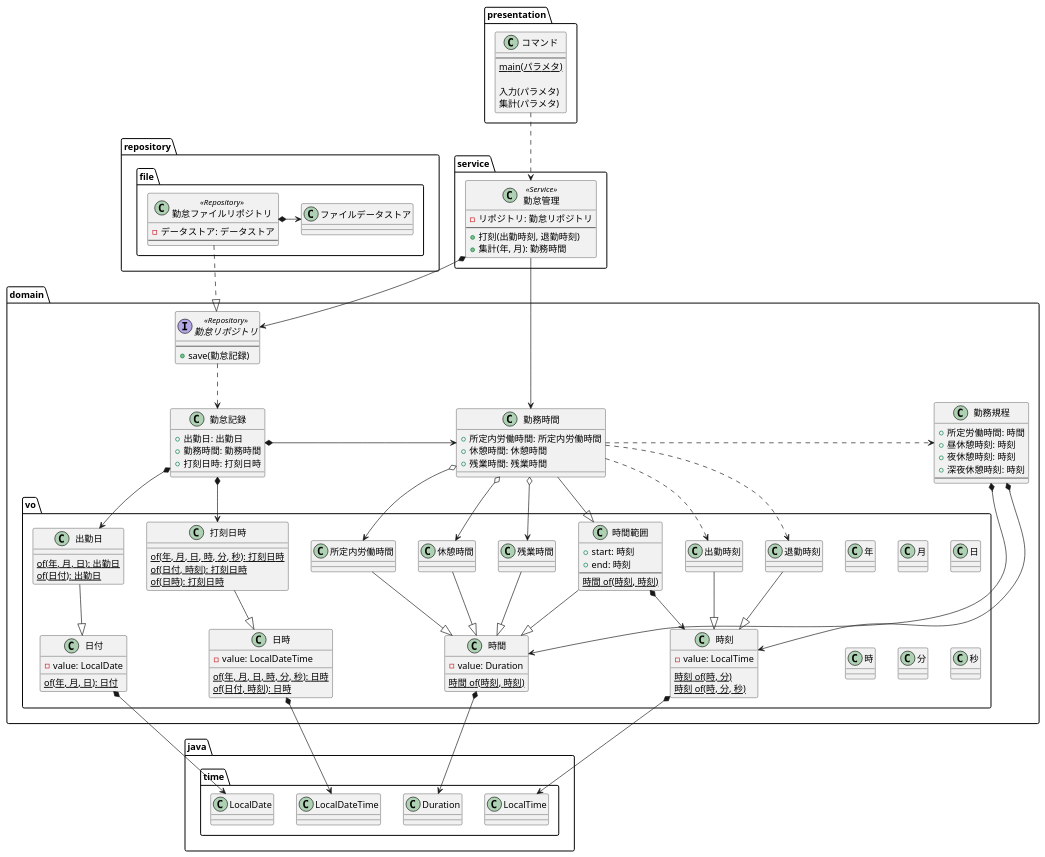
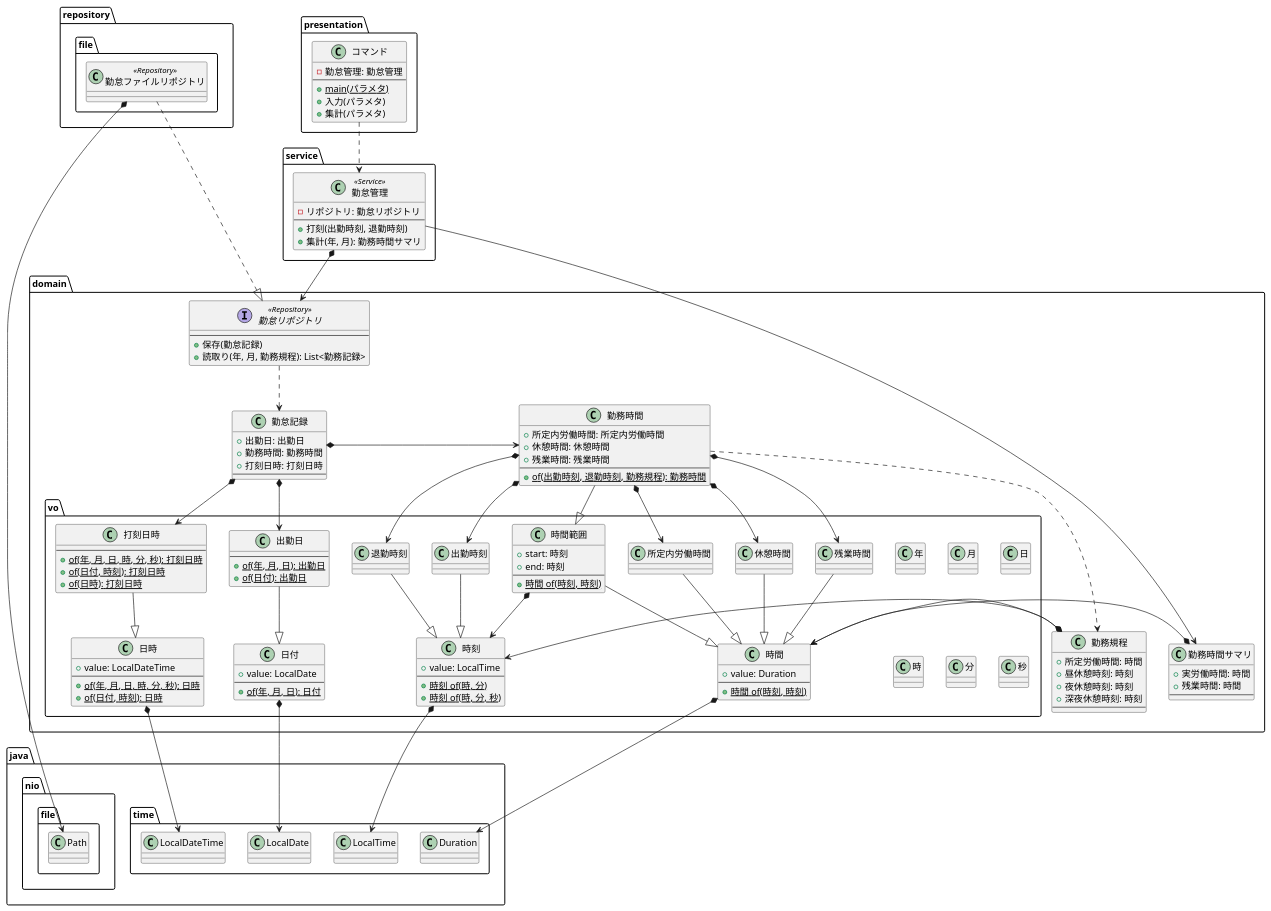
One commit to biglobe-isp/kintai changed the diagram in spec/logical-models.puml. Above: the diagram before and after it, drawn with PlantUML.

Commit message:
クラス図を実装に合わせて修正

```diff
--- a/spec/logical-models.puml
+++ b/spec/logical-models.puml
@@ -1,158 +1,172 @@
 @startuml
+
+package java.nio.file {
+    class Path
+}
 
 package java.time {
     class LocalDate
     class LocalTime
     class LocalDateTime
     class Duration
 }
 
 package domain {
     package vo {
         class 年
         class 月
         class 日
         class 時
         class 分
         class 秒
 
         class 日付 {
-          - value: LocalDate
-          {static} of(年, 月, 日): 日付
+          + value: LocalDate
+          ----
+          + {static} of(年, 月, 日): 日付
         }
         日付 *--> LocalDate
 
         class 時刻 {
-          - value: LocalTime
-          {static} 時刻 of(時, 分)
-          {static} 時刻 of(時, 分, 秒)
+          + value: LocalTime
+          ----
+          + {static} 時刻 of(時, 分)
+          + {static} 時刻 of(時, 分, 秒)
         }
         時刻 *--> LocalTime
 
         class 時間 {
-          - value: Duration
-          {static} 時間 of(時刻, 時刻)
+          + value: Duration
+          ----
+          + {static} 時間 of(時刻, 時刻)
         }
         時間 *--> Duration
 
         class 時間範囲 {
           + start: 時刻
           + end: 時刻
           ----
-          {static} 時間 of(時刻, 時刻)
+          + {static} 時間 of(時刻, 時刻)
         }
         時間範囲 --|> 時間
         時間範囲 *--> 時刻
 
         class 日時 {
-          - value: LocalDateTime
-          {static} of(年, 月, 日, 時, 分, 秒): 日時
-          {static} of(日付, 時刻): 日時
+          + value: LocalDateTime
+          ----
+          + {static} of(年, 月, 日, 時, 分, 秒): 日時
+          + {static} of(日付, 時刻): 日時
         }
         日時 *--> LocalDateTime
 
         class 出勤日 {
-          {static} of(年, 月, 日): 出勤日
-          {static} of(日付): 出勤日
+          ----
+          + {static} of(年, 月, 日): 出勤日
+          + {static} of(日付): 出勤日
         }
         出勤日 --|> 日付
 
         class 出勤時刻
         出勤時刻 --|> 時刻
 
         class 退勤時刻
         退勤時刻 --|> 時刻
 
         class 所定内労働時間
         所定内労働時間 --|> 時間
 
         class 残業時間
         残業時間 --|> 時間
 
         class 休憩時間
         休憩時間 --|> 時間
 
         class 打刻日時 {
-          {static} of(年, 月, 日, 時, 分, 秒): 打刻日時
-          {static} of(日付, 時刻): 打刻日時
-          {static} of(日時): 打刻日時
+          ----
+          + {static} of(年, 月, 日, 時, 分, 秒): 打刻日時
+          + {static} of(日付, 時刻): 打刻日時
+          + {static} of(日時): 打刻日時
         }
         打刻日時 --|> 日時
     }
+
+    class 勤務時間サマリ {
+      + 実労働時間: 時間
+      + 残業時間: 時間
+      ----
+    }
+    勤務時間サマリ *-> 時間
 
     class 勤務時間 {
       + 所定内労働時間: 所定内労働時間
       + 休憩時間: 休憩時間
       + 残業時間: 残業時間
+      ----
+      + {static} of(出勤時刻, 退勤時刻, 勤務規程): 勤務時間
     }
     勤務時間 --|> 時間範囲
-    勤務時間 o--> 所定内労働時間
-    勤務時間 o--> 休憩時間
-    勤務時間 o--> 残業時間
-    勤務時間 .> 勤務規程
-    勤務時間 ..> 出勤時刻
-    勤務時間 ..> 退勤時刻
+    勤務時間 *--> 所定内労働時間
+    勤務時間 *--> 休憩時間
+    勤務時間 *--> 残業時間
+    勤務時間 *--> 出勤時刻
+    勤務時間 *--> 退勤時刻
+    勤務時間 ..> 勤務規程
 
     class 勤務規程 {
       + 所定労働時間: 時間
       + 昼休憩時刻: 時刻
       + 夜休憩時刻: 時刻
       + 深夜休憩時刻: 時刻
       ----
     }
-    勤務規程 *---> 時間
-    勤務規程 *---> 時刻
+    勤務規程 *-> 時間
+    勤務規程 *-> 時刻
 
     class 勤怠記録 {
       + 出勤日: 出勤日
       + 勤務時間: 勤務時間
       + 打刻日時: 打刻日時
+      ----
     }
     勤怠記録 *--> 出勤日
     勤怠記録 *-> 勤務時間
     勤怠記録 *--> 打刻日時
 
     interface 勤怠リポジトリ <<Repository>> {
       ----
-      + save(勤怠記録)
+      + 保存(勤怠記録)
+      + 読取り(年, 月, 勤務規程): List<勤務記録>
     }
     勤怠リポジトリ ..> 勤怠記録
 }
 
 package service {
-    ' Puncher
     class 勤怠管理 <<Service>> {
       - リポジトリ: 勤怠リポジトリ
       ----
       + 打刻(出勤時刻, 退勤時刻)
-      + 集計(年, 月): 勤務時間
+      + 集計(年, 月): 勤務時間サマリ
     }
     勤怠管理 *--> 勤怠リポジトリ
-    勤怠管理 --> 勤務時間
+    勤怠管理 --> 勤務時間サマリ
 }
 
 package repository.file {
-    class ファイルデータストア {
-    }
-
-    class 勤怠ファイルリポジトリ <<Repository>> {
-      - データストア: データストア
-      ----
-    }
-    勤怠ファイルリポジトリ ..|> 勤怠リポジトリ
-    勤怠ファイルリポジトリ *-> ファイルデータストア
+    class 勤怠ファイルリポジトリ <<Repository>>
+    勤怠ファイルリポジトリ ...|> 勤怠リポジトリ
+    勤怠ファイルリポジトリ *--> Path
 }
 
 package presentation {
   class コマンド {
+    - 勤怠管理: 勤怠管理
     ----
-    {static} main(パラメタ)
-
-    入力(パラメタ)
-    集計(パラメタ)
+    + {static} main(パラメタ)
+    + 入力(パラメタ)
+    + 集計(パラメタ)
   }
 
   コマンド ..> 勤怠管理
 }
 
 @enduml
```
